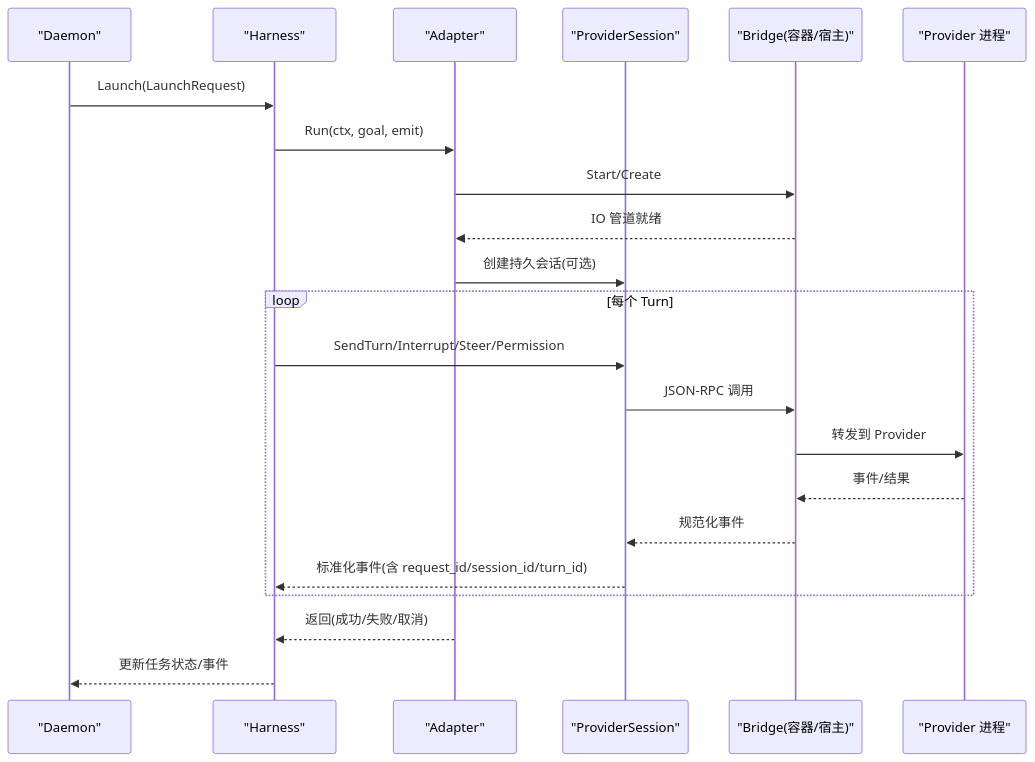
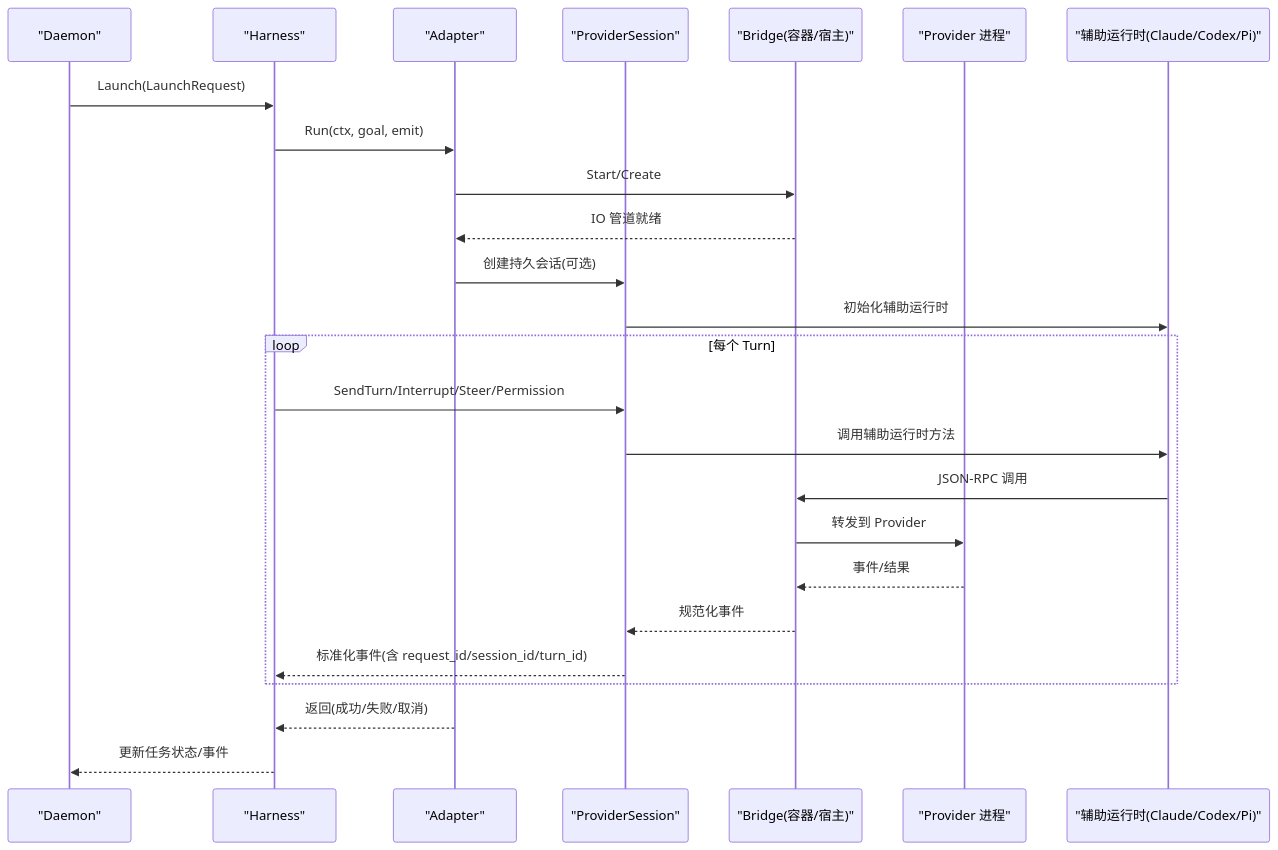
The second of 7 diagrams in .qoder/repowiki/zh/content/运行时与沙箱/运行时抽象层.md (n1majne3/CyberPenda), drawn with Mermaid before and after one commit. The commit also changed other lines of this file and 6 other files, not shown here.

````diff
--- a/.qoder/repowiki/zh/content/运行时与沙箱/运行时抽象层.md
+++ b/.qoder/repowiki/zh/content/运行时与沙箱/运行时抽象层.md
@@ -108,24 +126,27 @@
 ```mermaid
 sequenceDiagram
 participant D as "Daemon"
 participant H as "Harness"
 participant A as "Adapter"
 participant S as "ProviderSession"
 participant B as "Bridge(容器/宿主)"
 participant P as "Provider 进程"
+participant RA as "辅助运行时(Claude/Codex/Pi)"
 D->>H : Launch(LaunchRequest)
 H->>A : Run(ctx, goal, emit)
 A->>B : Start/Create
 B-->>A : IO 管道就绪
 A->>S : 创建持久会话(可选)
+S->>RA : 初始化辅助运行时
 loop 每个 Turn
 H->>S : SendTurn/Interrupt/Steer/Permission
-S->>B : JSON-RPC 调用
+S->>RA : 调用辅助运行时方法
+RA->>B : JSON-RPC 调用
 B->>P : 转发到 Provider
 P-->>B : 事件/结果
 B-->>S : 规范化事件
 S-->>H : 标准化事件(含 request_id/session_id/turn_id)
 end
 A-->>H : 返回(成功/失败/取消)
 H-->>D : 更新任务状态/事件
 ```
````
